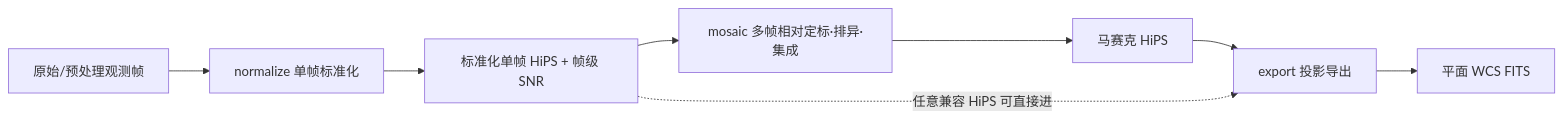
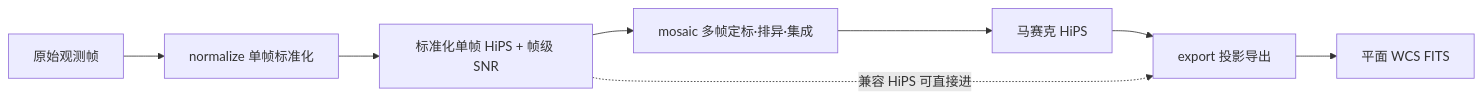
Before and after one commit to fujiaze/Astro-CS-Database: the second of 10 diagrams in docs/ASTROCS_DESIGN.md, drawn with Mermaid. The commit also changed other lines of this file and 1 other file, not shown here.

````diff
--- a/docs/ASTROCS_DESIGN.md
+++ b/docs/ASTROCS_DESIGN.md
@@ -87,10 +47,10 @@
 ```mermaid
 flowchart LR
-    RAW["原始/预处理观测帧"] --> N["normalize 单帧标准化"]
+    RAW["原始观测帧"] --> N["normalize 单帧标准化"]
     N --> H1["标准化单帧 HiPS + 帧级 SNR"]
-    H1 --> M["mosaic 多帧相对定标·排异·集成"]
+    H1 --> M["mosaic 多帧定标·排异·集成"]
     M --> H2["马赛克 HiPS"]
     H2 --> X["export 投影导出"]
     X --> F["平面 WCS FITS"]
-    H1 -.任意兼容 HiPS 可直接进.-> X
+    H1 -.兼容 HiPS 可直接进.-> X
 ```
````
